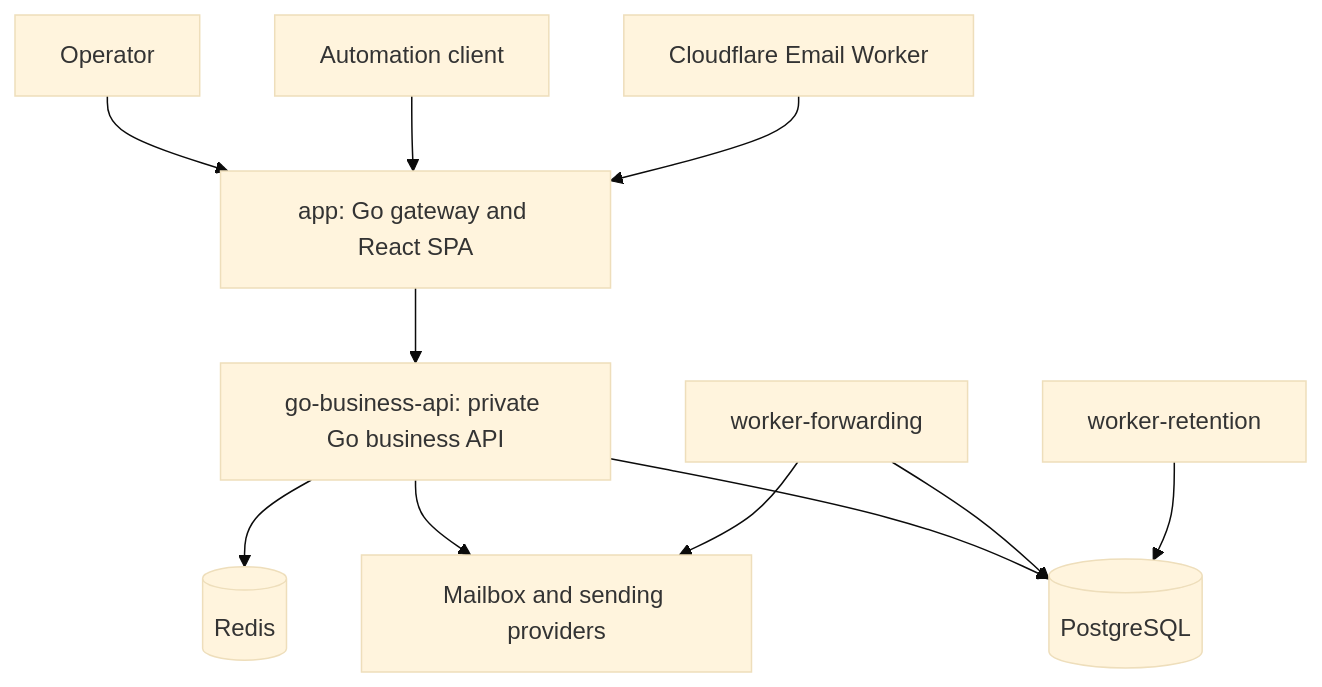
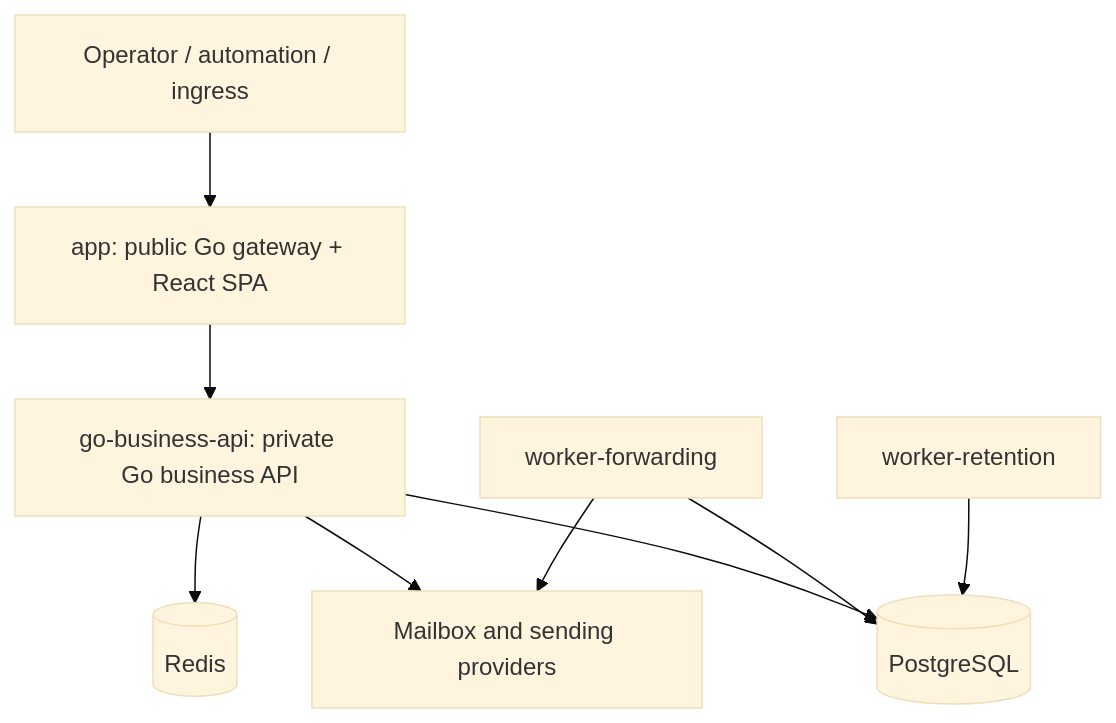
The diagram in README.md (feng123-new/all-Mail), drawn with Mermaid (base theme) before and after one commit. The commit also changed other lines of this file and 22 other files, not shown here.

````diff
--- a/README.md
+++ b/README.md
@@ -32,13 +19,11 @@
 ```mermaid
 flowchart TD
-    Operator[Operator] --> App[app: Go gateway and React SPA]
-    Automation[Automation client] --> App
-    Edge[Cloudflare Email Worker] --> App
+    Operator[Operator / automation / ingress] --> App[app: public Go gateway + React SPA]
     App --> Business[go-business-api: private Go business API]
     Business --> Postgres[(PostgreSQL)]
     Business --> Redis[(Redis)]
     Business --> Providers[Mailbox and sending providers]
     Forwarding[worker-forwarding] --> Postgres
     Forwarding --> Providers
     Retention[worker-retention] --> Postgres
 ```
````
